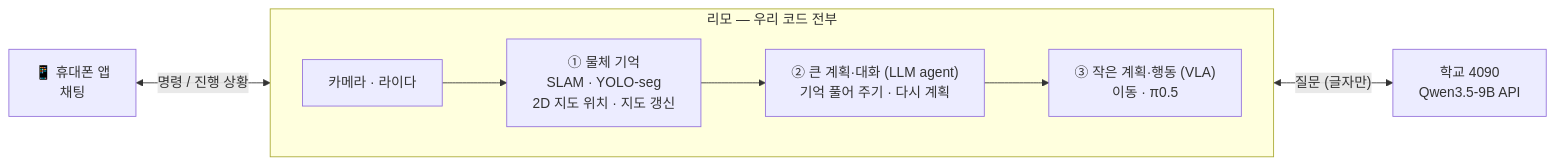
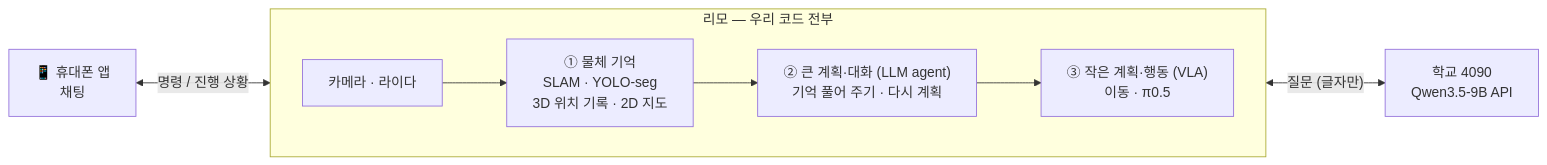
Before and after one commit to juyoung020/robot-agent: the diagram in docs/plan.md, drawn with Mermaid. The commit also changed other lines of this file and 1 other file, not shown here.

````diff
--- a/docs/plan.md
+++ b/docs/plan.md
@@ -15,13 +15,13 @@
 ```mermaid
 flowchart LR
     APP["📱 휴대폰 앱<br/>채팅"]
     subgraph LIMO["리모 — 우리 코드 전부"]
         direction LR
-        S["카메라 · 라이다"] --> M["① 물체 기억<br/>SLAM · YOLO-seg<br/>2D 지도 위치 · 지도 갱신"]
+        S["카메라 · 라이다"] --> M["① 물체 기억<br/>SLAM · YOLO-seg<br/>3D 위치 기록 · 2D 지도"]
         M --> A["② 큰 계획·대화 (LLM agent)<br/>기억 풀어 주기 · 다시 계획"]
         A --> V["③ 작은 계획·행동 (VLA)<br/>이동 · π0.5"]
     end
     Q["학교 4090<br/>Qwen3.5-9B API"]
     APP <-->|"명령 / 진행 상황"| A
     A <-->|"질문 (글자만)"| Q
 ```
````
